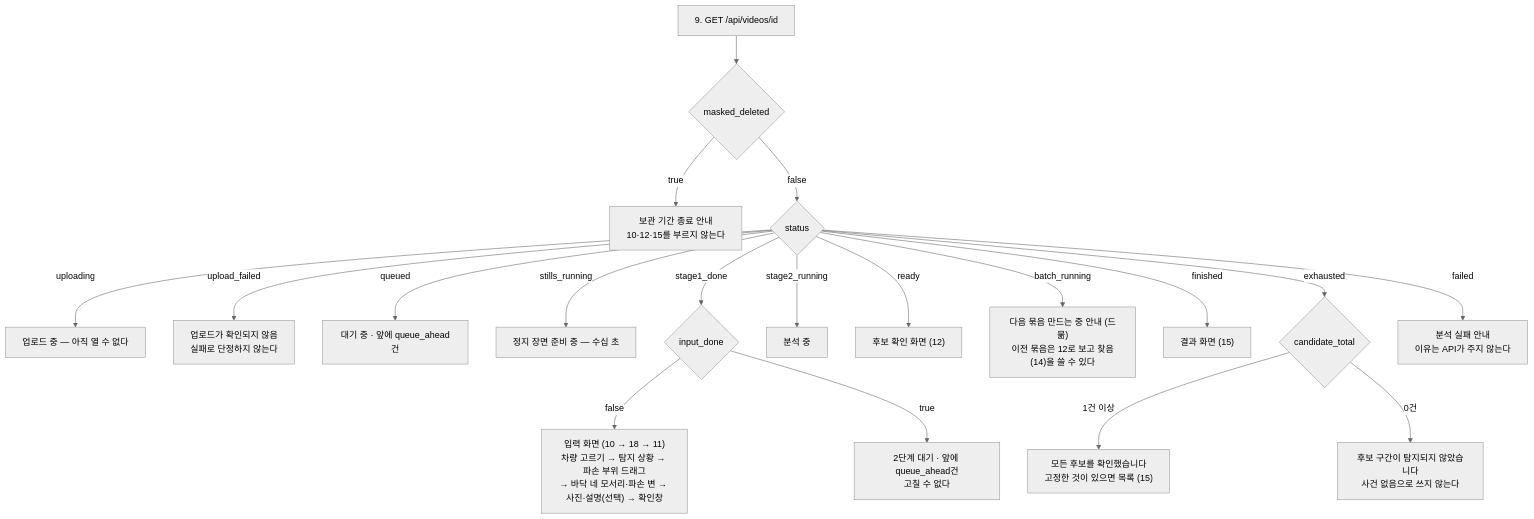
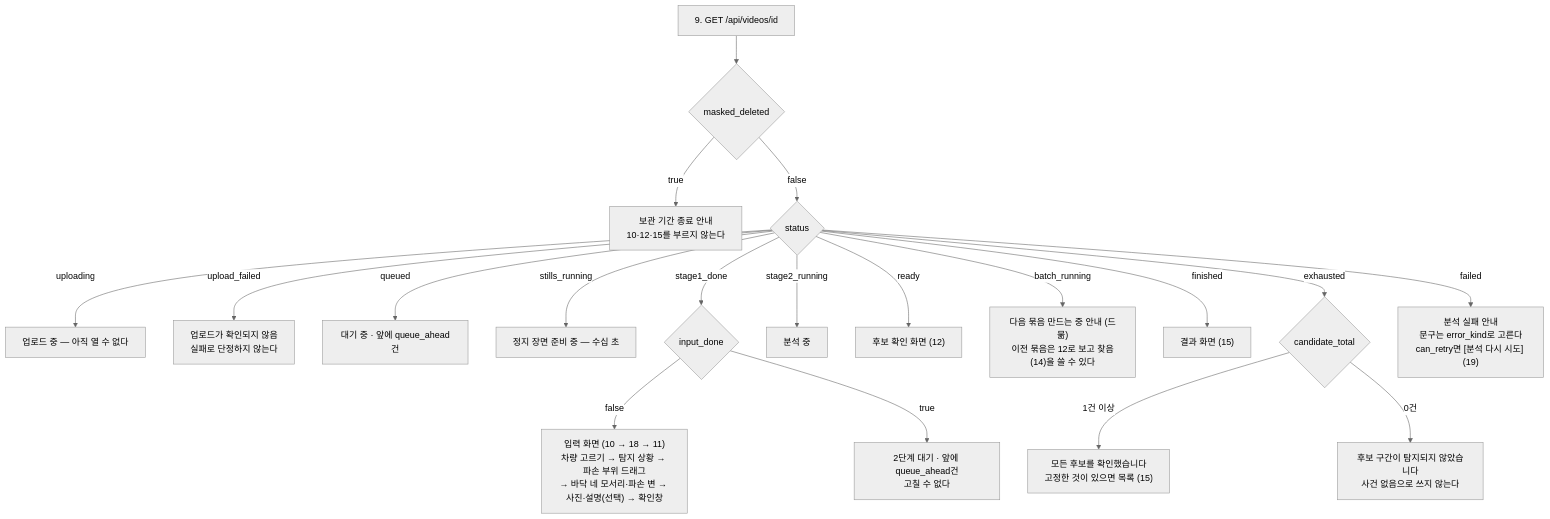
Before and after one commit to lG1l/parking_lot_detection: the second of 2 diagrams in docs/design/05-api.md, drawn with Mermaid (neutral theme). The commit also changed other lines of this file and 6 other files, not shown here.

````diff
--- a/docs/design/05-api.md
+++ b/docs/design/05-api.md
@@ -1143,22 +1220,22 @@
 ```mermaid
 flowchart TD
   P["9. GET /api/videos/id"] --> M{"masked_deleted"}
   M -->|"true"| EXP["보관 기간 종료 안내<br/>10·12·15를 부르지 않는다"]
   M -->|"false"| ST{"status"}
 
   ST -->|"uploading"| A["업로드 중 — 아직 열 수 없다"]
   ST -->|"upload_failed"| B["업로드가 확인되지 않음<br/>실패로 단정하지 않는다"]
   ST -->|"queued"| C["대기 중 · 앞에 queue_ahead건"]
   ST -->|"stills_running"| D["정지 장면 준비 중 — 수십 초"]
   ST -->|"stage1_done"| G{"input_done"}
   G -->|"false"| E["입력 화면 (10 → 18 → 11)<br/>차량 고르기 → 탐지 상황 → 파손 부위 드래그<br/>→ 바닥 네 모서리·파손 변 → 사진·설명(선택) → 확인창"]
   G -->|"true"| H["2단계 대기 · 앞에 queue_ahead건<br/>고칠 수 없다"]
   ST -->|"stage2_running"| I["분석 중"]
   ST -->|"ready"| J["후보 확인 화면 (12)"]
   ST -->|"batch_running"| K["다음 묶음 만드는 중 안내 (드묾)<br/>이전 묶음은 12로 보고 찾음(14)을 쓸 수 있다"]
   ST -->|"finished"| N["결과 화면 (15)"]
   ST -->|"exhausted"| O{"candidate_total"}
   O -->|"1건 이상"| O1["모든 후보를 확인했습니다<br/>고정한 것이 있으면 목록 (15)"]
   O -->|"0건"| O2["후보 구간이 탐지되지 않았습니다<br/>사건 없음으로 쓰지 않는다"]
-  ST -->|"failed"| Q["분석 실패 안내<br/>이유는 API가 주지 않는다"]
+  ST -->|"failed"| Q["분석 실패 안내<br/>문구는 error_kind로 고른다<br/>can_retry면 [분석 다시 시도] (19)"]
 ```
````
